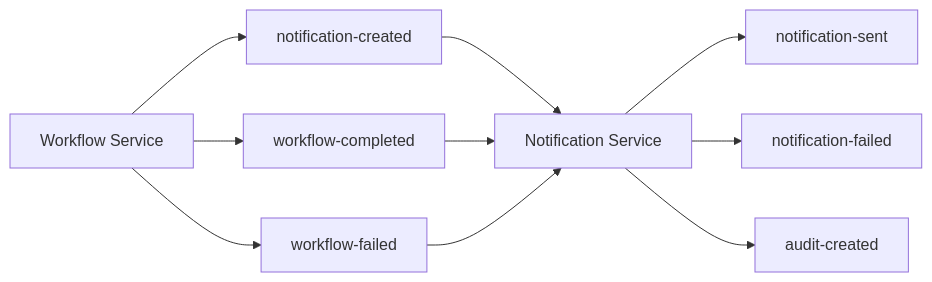
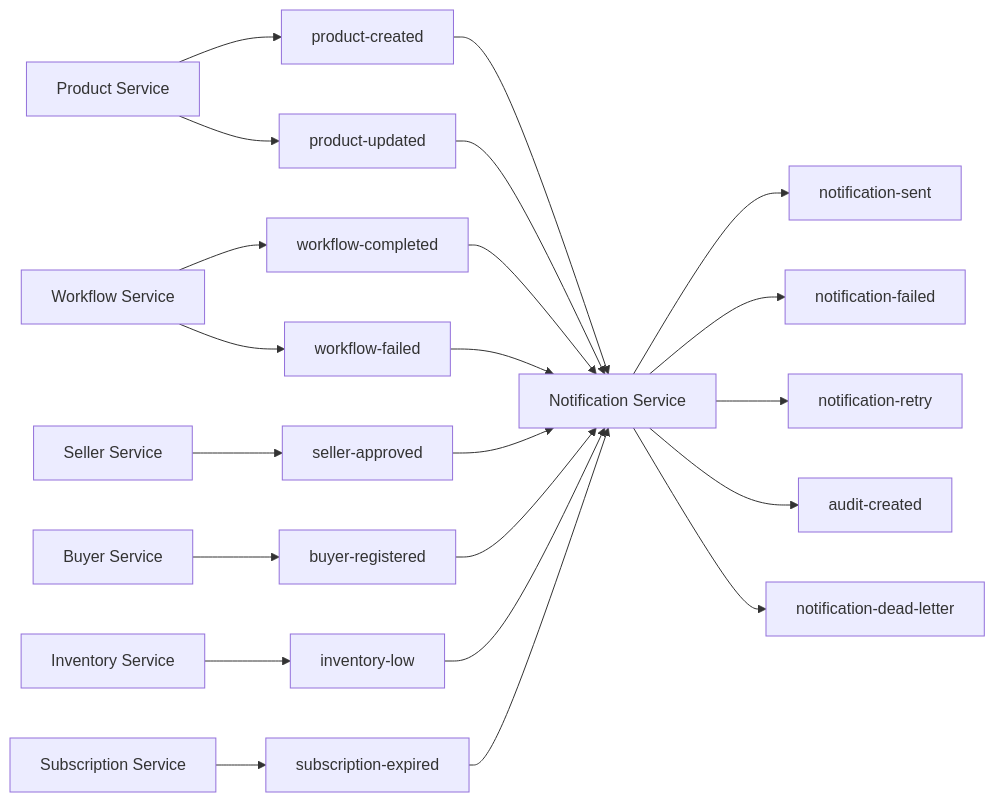
Before and after one commit to harypalkar/enterprise-marketplace: the third of 4 diagrams in docs/notification-service-architecture.md, drawn with Mermaid. The commit also changed other lines of this file and 163 other files, not shown here.

````diff
--- a/docs/notification-service-architecture.md
+++ b/docs/notification-service-architecture.md
@@ -67,10 +81,17 @@
 ```mermaid
 flowchart LR
-    WS[Workflow Service] --> NC[notification-created]
-    WS --> WC[workflow-completed]
+    PS[Product Service] --> PC[product-created]
+    PS --> PU[product-updated]
+    WS[Workflow Service] --> WC[workflow-completed]
     WS --> WF[workflow-failed]
-    NC & WC & WF --> NS[Notification Service]
+    SS[Seller Service] --> SA[seller-approved]
+    BS[Buyer Service] --> BR[buyer-registered]
+    IS[Inventory Service] --> IL[inventory-low]
+    SUB[Subscription Service] --> SE[subscription-expired]
+    PC & PU & WC & WF & SA & BR & IL & SE --> NS[Notification Service]
     NS --> NSent[notification-sent]
     NS --> NFail[notification-failed]
+    NS --> NRetry[notification-retry]
     NS --> AC[audit-created]
+    NS --> DLQ[notification-dead-letter]
 ```
````
